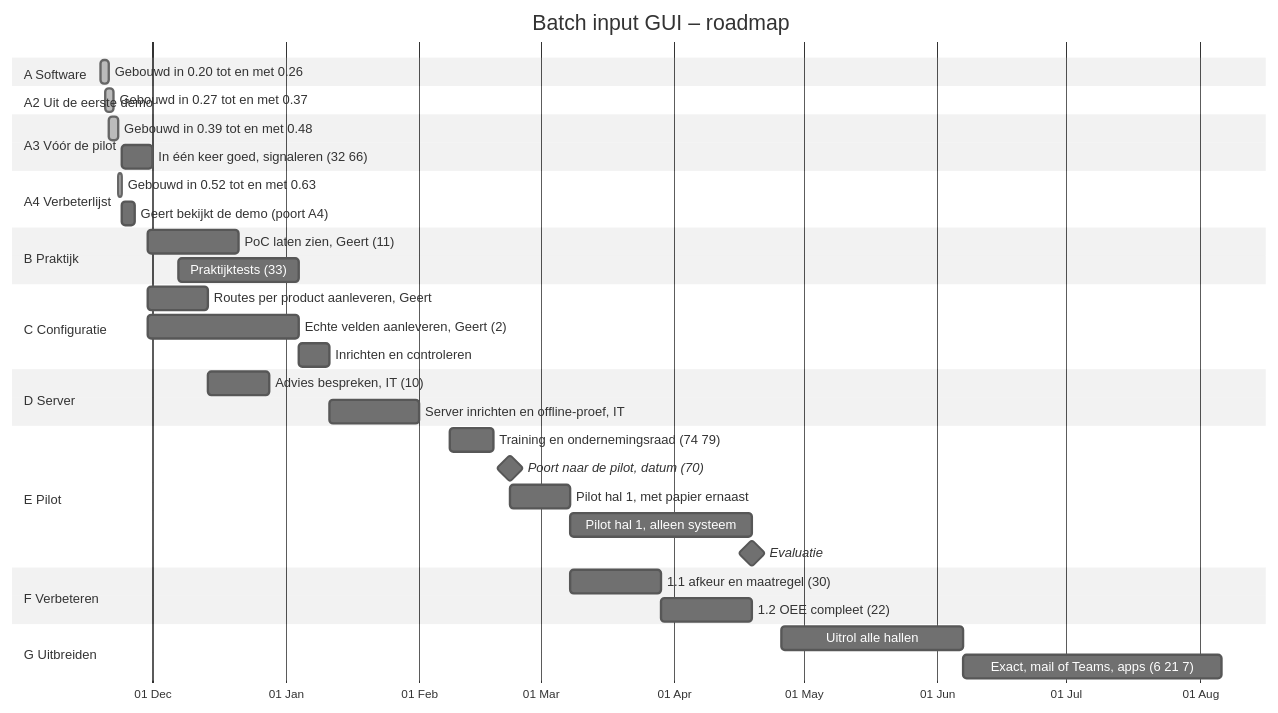
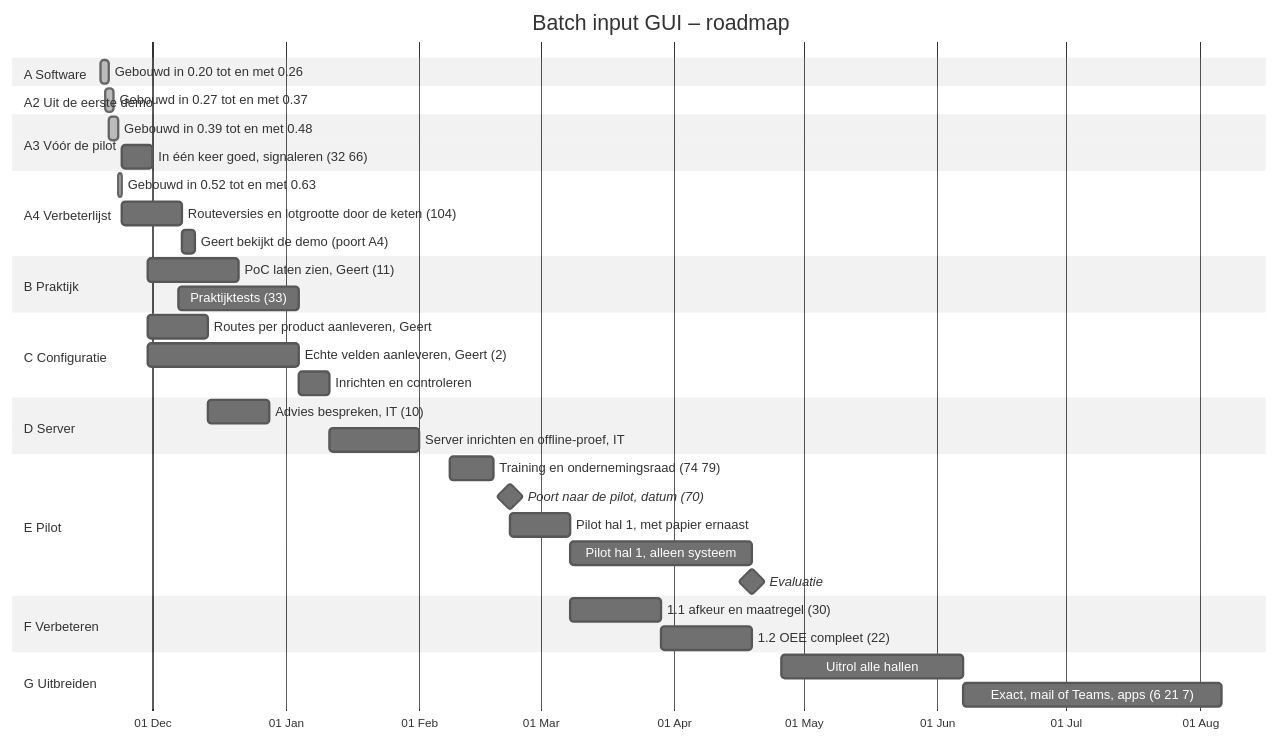
One commit to Gertjun/Manufacturing-Execution-System changed the diagram in ROADMAP.md. Above: the diagram before and after it, drawn with Mermaid (neutral theme). The commit also changed other lines of this file, not shown here.

````diff
--- a/ROADMAP.md
+++ b/ROADMAP.md
@@ -12,49 +12,50 @@
 ```mermaid
 gantt
     title Batch input GUI – roadmap
     dateFormat YYYY-MM-DD
     axisFormat %d %b
     todayMarker on
 
     section A Software
     Gebouwd in 0.20 tot en met 0.26          :done, a1, 2026-11-19, 2d
 
     section A2 Uit de eerste demo
     Gebouwd in 0.27 tot en met 0.37          :done, a2, 2026-11-20, 2d
 
     section A3 Vóór de pilot
     Gebouwd in 0.39 tot en met 0.48          :done, a3a, 2026-11-21, 2d
     In één keer goed, signaleren (32 66)     :a3b, 2026-11-24, 7d
 
     section A4 Verbeterlijst
     Gebouwd in 0.52 tot en met 0.63          :done, a4g, 2026-11-23, 1d
-    Geert bekijkt de demo (poort A4)         :a4p, 2026-11-24, 3d
+    Routeversies en lotgrootte door de keten (104) :a4r, 2026-11-24, 14d
+    Geert bekijkt de demo (poort A4)         :a4p, 2026-12-08, 3d
 
     section B Praktijk
     PoC laten zien, Geert (11)               :b1, 2026-11-30, 21d
     Praktijktests (33)                       :b2, 2026-12-07, 28d
 
     section C Configuratie
     Routes per product aanleveren, Geert     :c0, 2026-11-30, 14d
     Echte velden aanleveren, Geert (2)       :c1, 2026-11-30, 35d
     Inrichten en controleren                 :c2, after c1, 7d
 
     section D Server
     Advies bespreken, IT (10)                :d1, 2026-12-14, 14d
     Server inrichten en offline-proef, IT    :d2, 2027-01-11, 21d
 
     section E Pilot
     Training en ondernemingsraad (74 79)     :e0, 2027-02-08, 10d
     Poort naar de pilot, datum (70)          :milestone, m1, 2027-02-22, 0d
     Pilot hal 1, met papier ernaast          :e1, 2027-02-22, 14d
     Pilot hal 1, alleen systeem              :e2, after e1, 42d
     Evaluatie                                :milestone, m2, 2027-04-19, 0d
 
     section F Verbeteren
     1.1 afkeur en maatregel (30)             :f1, 2027-03-08, 21d
     1.2 OEE compleet (22)                    :f2, after f1, 21d
 
     section G Uitbreiden
     Uitrol alle hallen                       :g1, 2027-04-26, 42d
     Exact, mail of Teams, apps (6 21 7)      :g2, 2027-06-07, 60d
 ```
````
